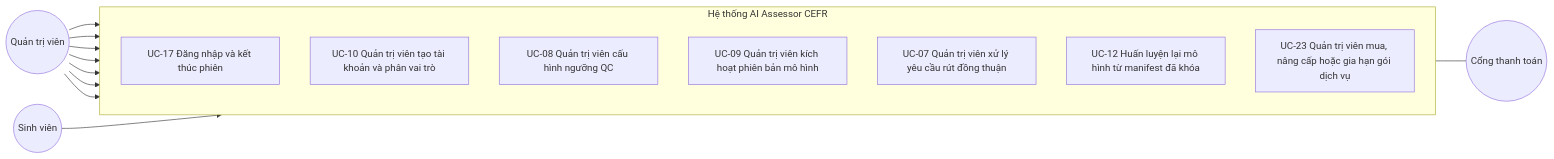
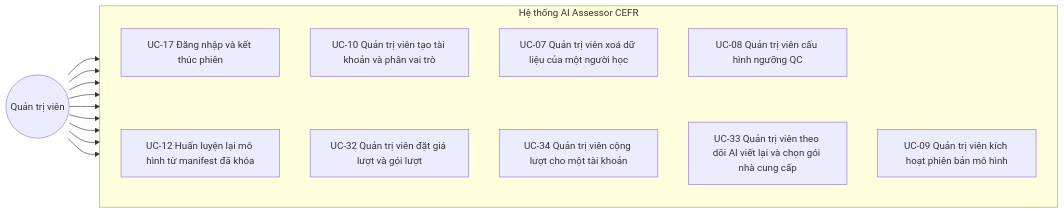
One commit to ThanhSangLouis/ai-assessor-cefr changed the third of 11 diagrams in docs/sdd/SDD.md. Above: the diagram before and after it, drawn with Mermaid. The commit also changed other lines of this file and 69 other files, not shown here.

First line of the commit message:
D078: giá lượt trên dashboard, gỡ đo đạc còn sót, demo trang chủ, dữ liệu cũ; use case mới

````diff
--- a/docs/sdd/SDD.md
+++ b/docs/sdd/SDD.md
@@ -287,30 +290,39 @@
 ```mermaid
 %% So do use case 1c: tac nhan Quan tri vien
 %% Ma va ten use case lay NGUYEN VAN tu bang SRS muc 4.1 -- khong tu dat so.
 %% Day la so do THIET KE: mo ta he thong PHAI LAM GI, khong phai tien do.
+%% Ban 1.16 (D078): mot trung tam, hoc vien tra theo luot -- quan tri vien dat
+%% gia luot va goi luot, theo doi AI viet lai; khong con goi dich vu (D075).
 flowchart LR
     QT(("Quản trị viên"))
-    SV(("Sinh viên"))
-    CTT(("Cổng thanh toán"))
 
     subgraph SYS["Hệ thống AI Assessor CEFR"]
         direction TB
         UC17["UC-17 Đăng nhập và kết thúc phiên"]
         UC10["UC-10 Quản trị viên tạo tài khoản và phân vai trò"]
+        UC07["UC-07 Quản trị viên xoá dữ liệu của một người học"]
         UC08["UC-08 Quản trị viên cấu hình ngưỡng QC"]
         UC09["UC-09 Quản trị viên kích hoạt phiên bản mô hình"]
-        UC07["UC-07 Quản trị viên xử lý yêu cầu rút đồng thuận"]
         UC12["UC-12 Huấn luyện lại mô hình từ manifest đã khóa"]
-        UC23["UC-23 Quản trị viên mua, nâng cấp hoặc gia hạn gói dịch vụ"]
+        UC32["UC-32 Quản trị viên đặt giá lượt và gói lượt"]
+        UC34["UC-34 Quản trị viên cộng lượt cho một tài khoản"]
+        UC33["UC-33 Quản trị viên theo dõi AI viết lại và chọn gói nhà cung cấp"]
     end
 
     QT --> UC17
     QT --> UC10
     QT --> UC08
     QT --> UC09
+    QT --> UC12
+    QT --> UC32
+    QT --> UC34
+    QT --> UC33
     QT --> UC07
-    QT --> UC12
-    QT --> UC23
-    SV --> UC07
-    UC23 --- CTT
+
+    %% Lien ket VO HINH, chi de xep bo cuc -- KHONG phai quan he UML: chia chin
+    %% use case thanh hai cot (tai khoan va mo hinh; luot va AI) cho hinh vua A4.
+    UC17 ~~~ UC12
+    UC10 ~~~ UC32
+    UC07 ~~~ UC34
+    UC08 ~~~ UC33
 ```
````
